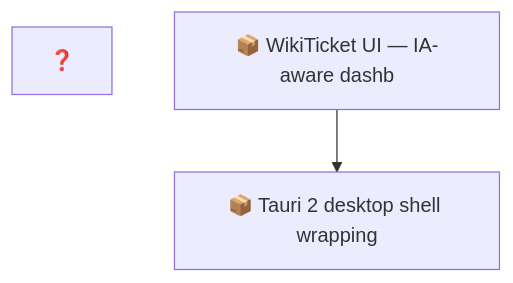
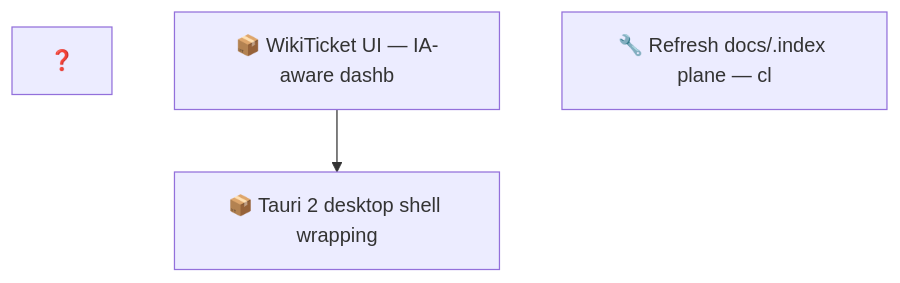
The second of 2 diagrams in docs/roadmap.md (SpillwaveSolutions/wiki_ticket_sdd_ui), drawn with Mermaid before and after one commit. The commit also changed other lines of this file and 1 other file, not shown here.

First line of the commit message:
chore: file docs/.index refresh as unplanned work (#14)

````diff
--- a/docs/roadmap.md
+++ b/docs/roadmap.md
@@ -61,7 +66,8 @@
 ```mermaid
 graph TD
     01KY5ZZX["❓ "]
     01KY5ZZX8YXD5YDJKQGJ3VCCHN["📦 WikiTicket UI — IA-aware dashb"]
     01KY5ZZX8Z46K7BCSPPFKN23JZ["📦 Tauri 2 desktop shell wrapping"]
+    01KYAH5VKVZZF2Q4T0AF2ZYJG0["🔧 Refresh docs/.index plane — cl"]
     01KY5ZZX8YXD5YDJKQGJ3VCCHN --> 01KY5ZZX8Z46K7BCSPPFKN23JZ
 ```
````
